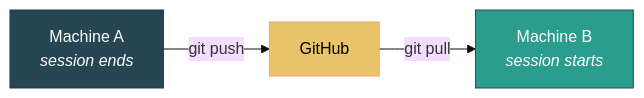
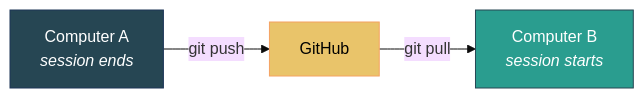
One commit to JeltzProstetnic/agent-fleet changed the third of 3 diagrams in README.md. Above: the diagram before and after it, drawn with Mermaid (base theme). The commit also changed other lines of this file and 5 other files, not shown here.

````diff
--- a/README.md
+++ b/README.md
@@ -235,9 +241,9 @@
 ```mermaid
 graph LR
-    A["Machine A<br/><i>session ends</i>"] -- "git push" --> GH["GitHub"]
-    GH -- "git pull" --> B["Machine B<br/><i>session starts</i>"]
+    A["Computer A<br/><i>session ends</i>"] -- "git push" --> GH["GitHub"]
+    GH -- "git pull" --> B["Computer B<br/><i>session starts</i>"]
 
     style A fill:#264653,stroke:#1d3557,color:#fff
     style GH fill:#e9c46a,stroke:#f4a261,color:#000
     style B fill:#2a9d8f,stroke:#264653,color:#fff
 ```
````
